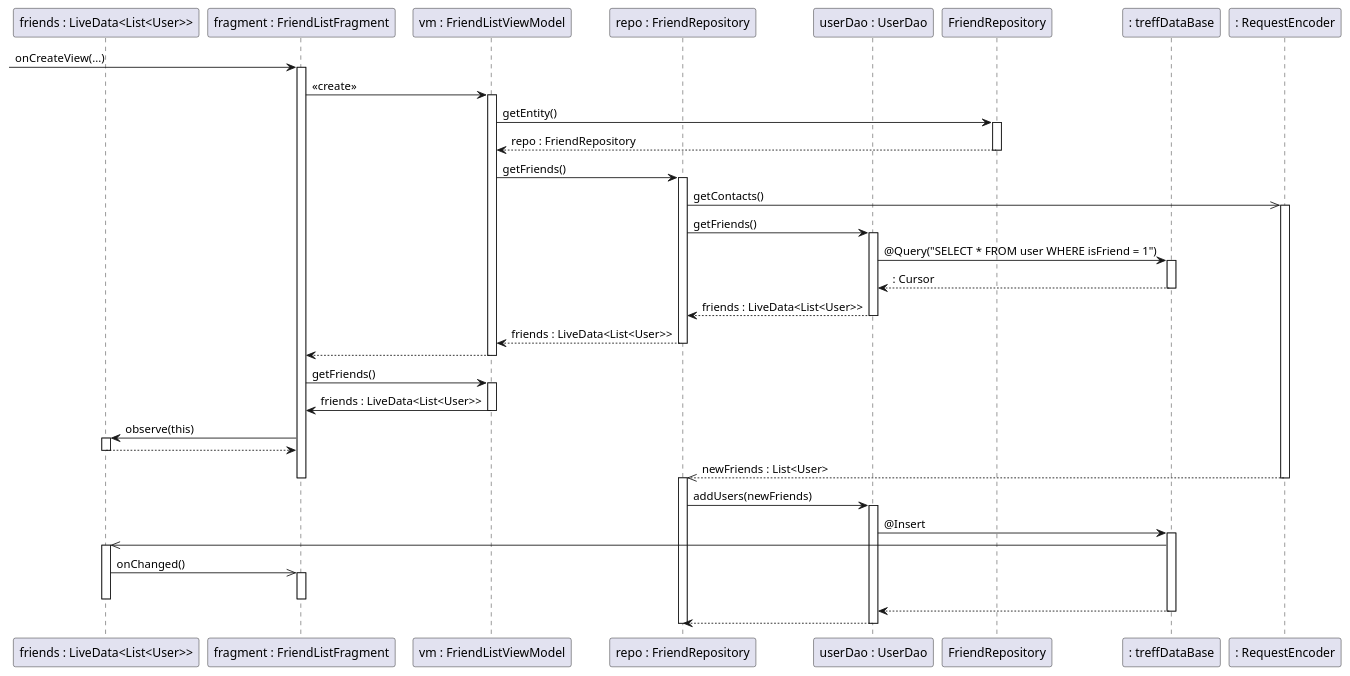
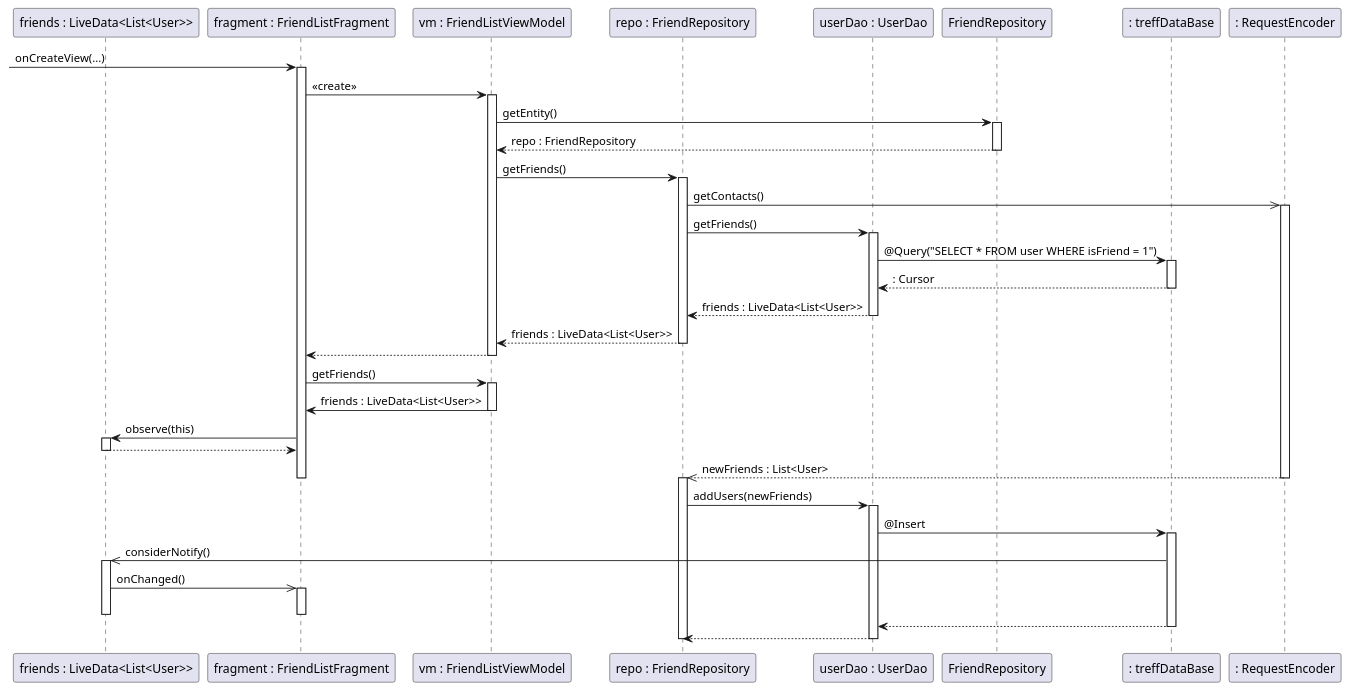
The diagram in client/app/src/main/java/org/pispeb/treff_client/datafetch.puml (V0G3L/treff.), drawn with PlantUML before and after one commit. The commit also changed 2 other files, not shown here.

```diff
--- a/client/app/src/main/java/org/pispeb/treff_client/datafetch.puml
+++ b/client/app/src/main/java/org/pispeb/treff_client/datafetch.puml
@@ -1,65 +1,65 @@
 @startuml
 participant "friends : LiveData<List<User>>" as LD
 participant "fragment : FriendListFragment" as FLF
 participant "vm : FriendListViewModel" as VM
 participant "repo : FriendRepository" as REP
 participant "userDao : UserDao" as DAO
 participant "FriendRepository" as FR
 participant ": treffDataBase" as DB
 participant ": RequestEncoder" as ENC
 
 -> FLF: onCreateView(...)
 activate FLF
 FLF -> VM: <<create>>
 activate VM
 VM -> FR: getEntity()
 activate FR
 FR --> VM: repo : FriendRepository
 deactivate FR
 VM -> REP: getFriends()
 activate REP
 REP ->> ENC: getContacts()
 activate ENC
 REP -> DAO: getFriends()
 activate DAO
 DAO -> DB: @Query("SELECT * FROM user WHERE isFriend = 1")
 activate DB
 DB --> DAO: : Cursor
 deactivate DB
 DAO --> REP: friends : LiveData<List<User>>
 deactivate DAO
 REP --> VM: friends : LiveData<List<User>>
 deactivate REP
 VM --> FLF
 deactivate VM
 
 FLF -> VM: getFriends()
 activate VM
 VM -> FLF: friends : LiveData<List<User>>
 deactivate VM
 FLF -> LD: observe(this)
 activate LD
 LD --> FLF
 deactivate LD
 
 ENC -->> REP: newFriends : List<User>
 deactivate FLF
 deactivate ENC
 activate REP
 REP -> DAO:addUsers(newFriends)
 activate DAO
 DAO -> DB: @Insert
 activate DB
-DB ->> LD
+DB ->> LD : considerNotify()
 activate LD
 LD ->> FLF: onChanged()
 activate FLF
 deactivate LD
 deactivate FLF
 DB --> DAO
 deactivate DB
 DAO --> REP
 deactivate DAO
 deactivate REP
 
 @enduml
```
